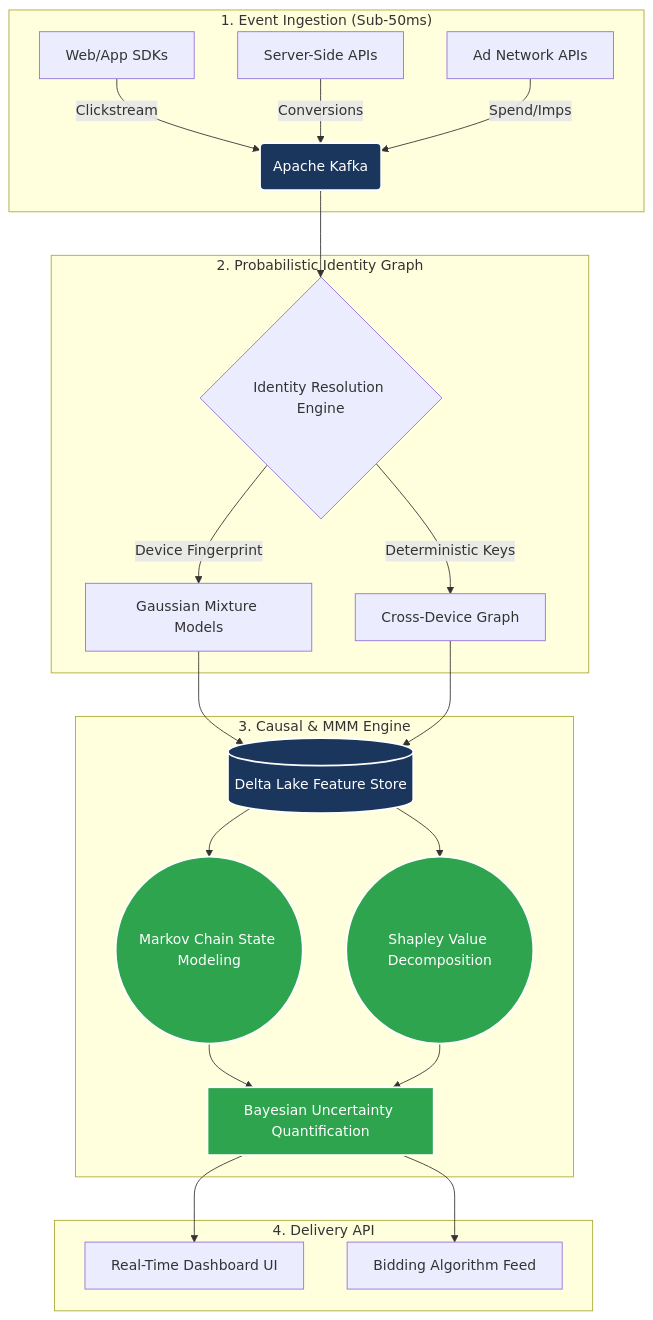
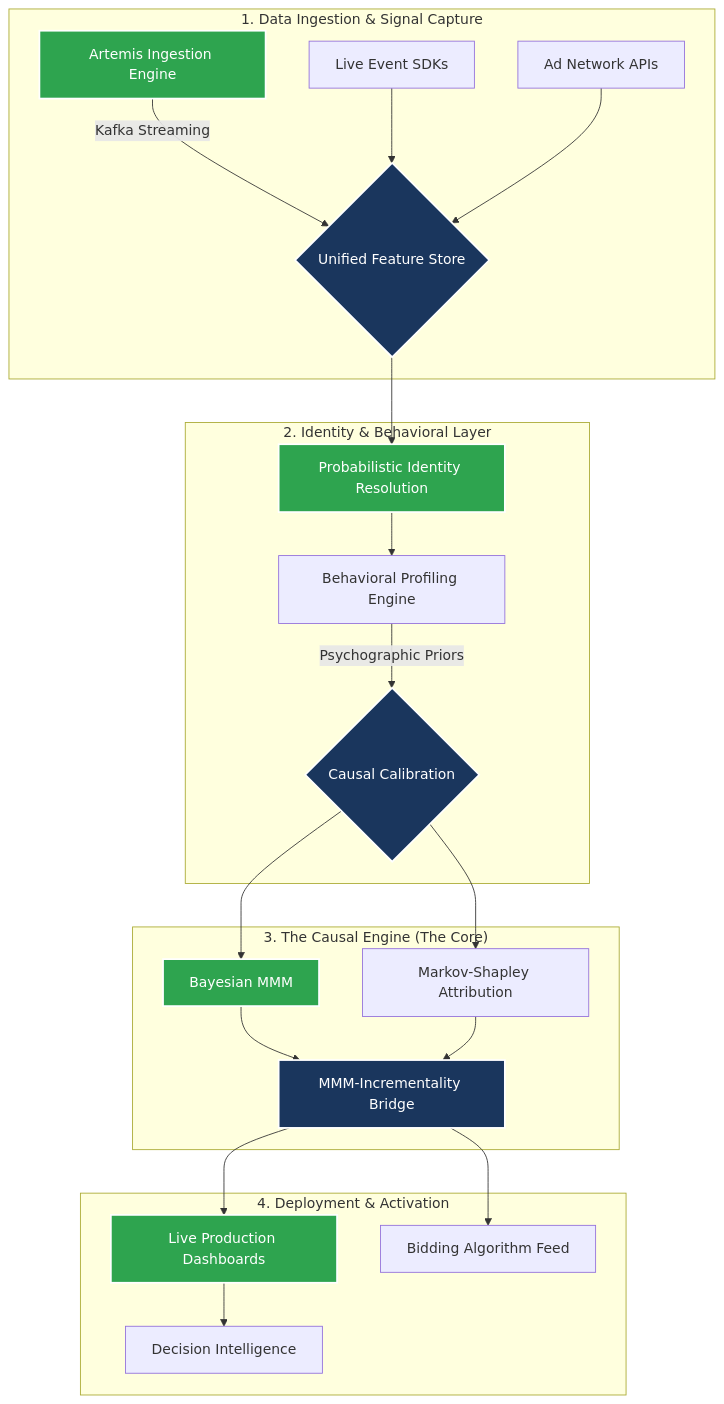
One commit to Michaelrobins938/attribution-assets changed the diagram in README.md. Above: the diagram before and after it, drawn with Mermaid. The commit also changed other lines of this file, not shown here.

Commit message:
Total System README: global Mermaid architecture with clickable nodes, 10-paper + 11-dashboard mapping, engineering principles

````diff
--- a/README.md
+++ b/README.md
@@ -62,34 +20,37 @@
 ```mermaid
 graph TD
-    subgraph "1. Event Ingestion (Sub-50ms)"
-        A[Web/App SDKs] -->|Clickstream| C(Apache Kafka)
-        B[Server-Side APIs] -->|Conversions| C
-        M[Ad Network APIs] -->|Spend/Imps| C
+    subgraph "1. Data Ingestion & Signal Capture"
+        A[Artemis Ingestion Engine] -->|Kafka Streaming| B{Unified Feature Store}
+        A1[Live Event SDKs] --> B
+        A2[Ad Network APIs] --> B
     end
 
-    subgraph "2. Probabilistic Identity Graph"
-        C --> D{Identity Resolution Engine}
-        D -->|Device Fingerprint| E[Gaussian Mixture Models]
-        D -->|Deterministic Keys| F[Cross-Device Graph]
+    subgraph "2. Identity & Behavioral Layer"
+        B --> C[Probabilistic Identity Resolution]
+        C --> D[Behavioral Profiling Engine]
+        D -->|Psychographic Priors| E{Causal Calibration}
     end
 
-    subgraph "3. Causal & MMM Engine"
-        E --> G[(Delta Lake Feature Store)]
-        F --> G
-        G --> H((Markov Chain State Modeling))
-        G --> I((Shapley Value Decomposition))
-        H --> J[Bayesian Uncertainty Quantification]
-        I --> J
+    subgraph "3. The Causal Engine (The Core)"
+        E --> F[Bayesian MMM]
+        E --> G[Markov-Shapley Attribution]
+        F & G --> H[MMM-Incrementality Bridge]
     end
 
-    subgraph "4. Delivery API"
-        J --> K[Real-Time Dashboard UI]
-        J --> L[Bidding Algorithm Feed]
+    subgraph "4. Deployment & Activation"
+        H --> I[Live Production Dashboards]
+        H --> J[Bidding Algorithm Feed]
+        I --> K[Decision Intelligence]
     end
 
+    click A "https://live-event-attribution-dashboard.vercel.app/"
+    click C "https://identity-resolution-demo.vercel.app/"
+    click F "https://mmm-dashboard-mu.vercel.app/"
+    click I "https://portfolio-hub-kappa-murex.vercel.app/"
+
     classDef core fill:#1a365d,stroke:#fff,stroke-width:2px,color:#fff;
-    classDef stream fill:#2ea44f,stroke:#fff,stroke-width:2px,color:#fff;
-    class C,G core;
-    class H,I,J stream;
+    classDef live fill:#2ea44f,stroke:#fff,stroke-width:2px,color:#fff;
+    class B,E,H core;
+    class I,A,C,F live;
 
 ```
````
